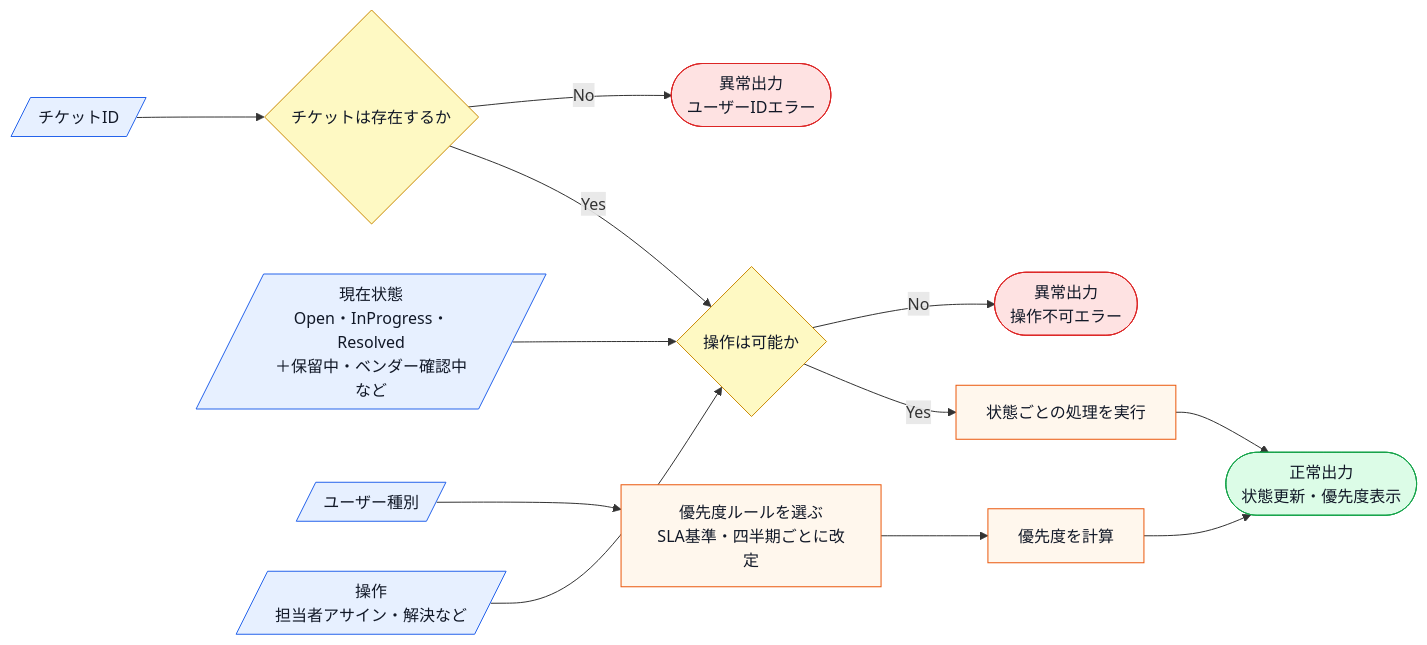
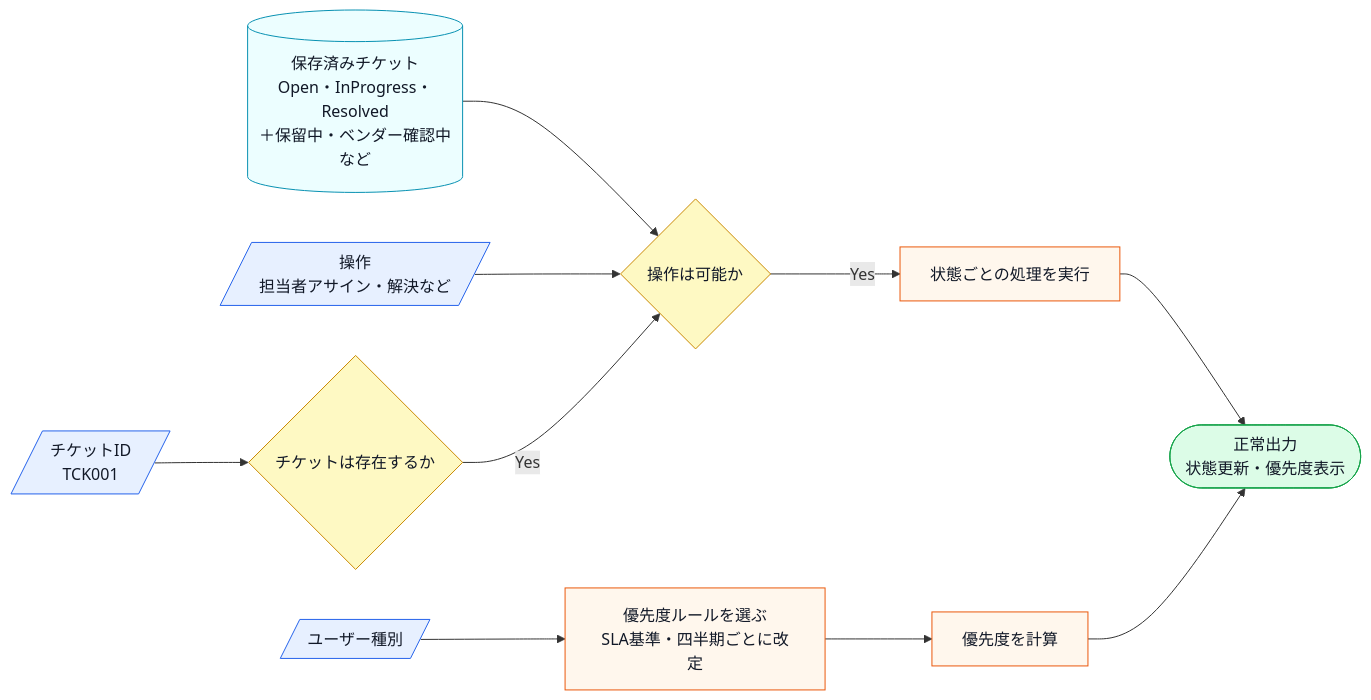
One commit to kumachan1101-pixel/DesignPattern changed the fifth of 14 diagrams in kindle/design-patterns/output/chapter09_2.md. Above: the diagram before and after it, drawn with Mermaid. The commit also changed other lines of this file and 11 other files, not shown here.

Commit message:
docs: 残タスクの仕様図と外部境界を全章反映

````diff
--- a/kindle/design-patterns/output/chapter09_2.md
+++ b/kindle/design-patterns/output/chapter09_2.md
@@ -356,20 +384,18 @@
 ```mermaid
 flowchart LR
-    A[/チケットID/]:::input --> B{チケットは存在するか}:::decision
-    C[/現在状態<br>Open・InProgress・Resolved<br>＋保留中・ベンダー確認中など/]:::input --> D{操作は可能か}:::decision
+    A[/チケットID<br>TCK001/]:::input --> B{チケットは存在するか}:::decision
+    C[(保存済みチケット<br>Open・InProgress・Resolved<br>＋保留中・ベンダー確認中など)]:::data --> D{操作は可能か}:::decision
     E[/ユーザー種別/]:::input --> F[優先度ルールを選ぶ<br>SLA基準・四半期ごとに改定]:::process
     G[/操作<br>担当者アサイン・解決など/]:::input --> D
     B -->|Yes| D
     D -->|Yes| H[状態ごとの処理を実行]:::process
     F --> I[優先度を計算]:::process
     H --> J([正常出力<br>状態更新・優先度表示]):::normal
     I --> J
-    B -->|No| K([異常出力<br>ユーザーIDエラー]):::error
-    D -->|No| L([異常出力<br>操作不可エラー]):::error
 
+    classDef data fill:#ecfeff,stroke:#0891b2,color:#111827;
     classDef input fill:#e7f0ff,stroke:#2563eb,color:#111827;
     classDef process fill:#fff7ed,stroke:#ea580c,color:#111827;
     classDef decision fill:#fef9c3,stroke:#ca8a04,color:#111827;
     classDef normal fill:#dcfce7,stroke:#16a34a,color:#111827;
-    classDef error fill:#fee2e2,stroke:#dc2626,color:#111827;
 ```
````
